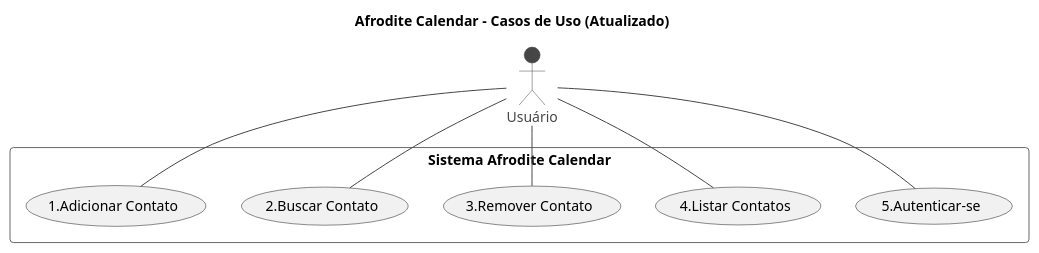
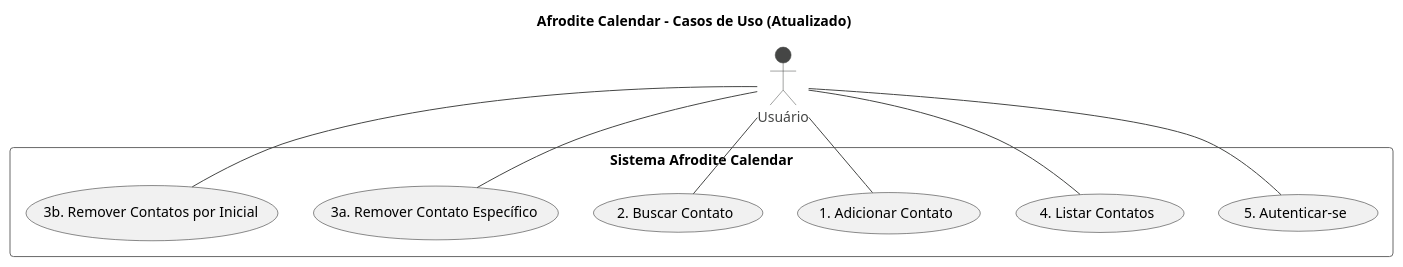
The diagram in agenda/agenda/diagramas/diagrama_caso_de_uso.puml (KalvinAlbuquerque/ES-StudyCase01), drawn with PlantUML before and after one commit. The commit also changed 2 other files, not shown here.

Commit message:
Atualizando diagrama de caso de uso e matriz de rastreabilidade para compor a nova funcionalidade de excluir contatos por incial

```diff
--- a/agenda/agenda/diagramas/diagrama_caso_de_uso.puml
+++ b/agenda/agenda/diagramas/diagrama_caso_de_uso.puml
@@ -1,26 +1,26 @@
 @startuml diagrama_de_caso_de_uso_atualizado
 ' Thema para um visual mais moderno
 !theme vibrant
 
 title Afrodite Calendar - Casos de Uso (Atualizado)
 
 actor "Usuário" as user
 
 rectangle "Sistema Afrodite Calendar" {
-  usecase "5.Autenticar-se" as UC_AUTH
-  usecase "4.Listar Contatos" as UC_LIST
-  usecase "3.Remover Contato" as UC_REMOVE
-  usecase "2.Buscar Contato" as UC_SEARCH
-  usecase "1.Adicionar Contato" as UC_ADD
+  usecase "5. Autenticar-se" as UC_AUTH
+  usecase "4. Listar Contatos" as UC_LIST
+  usecase "1. Adicionar Contato" as UC_ADD
+  usecase "2. Buscar Contato" as UC_SEARCH
+  usecase "3a. Remover Contato Específico" as UC_REMOVE_ONE
+  usecase "3b. Remover Contatos por Inicial" as UC_REMOVE_INITIAL
 }
 
 ' Ações diretas do usuário
 user -- UC_AUTH
 user -- UC_ADD
 user -- UC_LIST
 user -- UC_SEARCH
-user -- UC_REMOVE
-
-' Define que as outras ações dependem da autenticação
+user -- UC_REMOVE_ONE
+user -- UC_REMOVE_INITIAL
 
 @enduml
```
